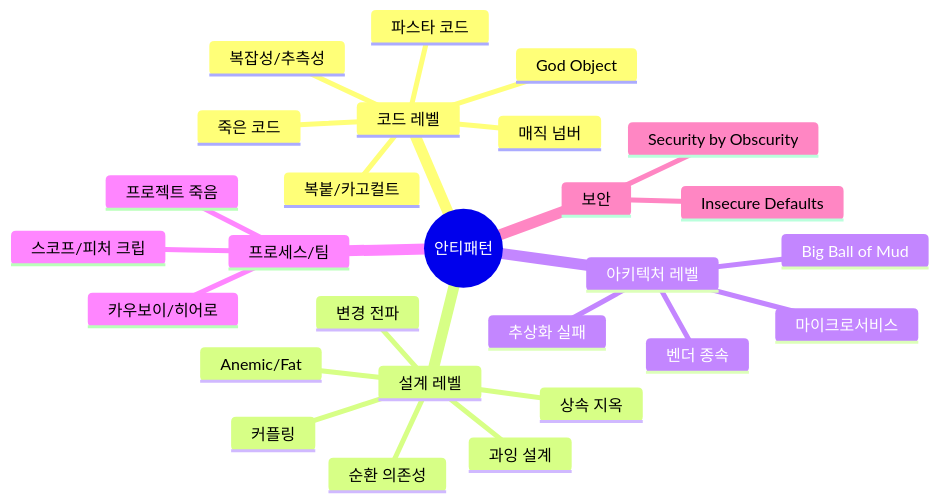
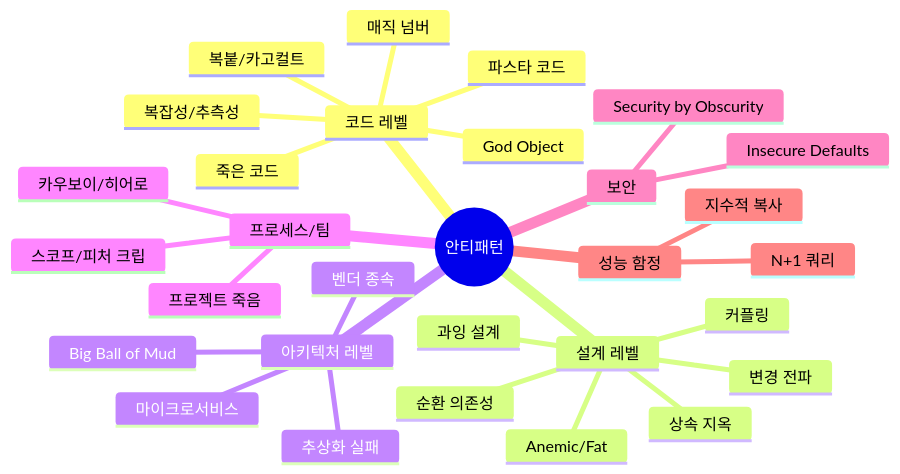
One commit to joonhoekim/mdx-express changed the diagram in content/articles/anti-patterns/0.series.mdx. Above: the diagram before and after it, drawn with Mermaid. The commit also changed other lines of this file and 2 other files, not shown here.

````diff
--- a/content/articles/anti-patterns/0.series.mdx
+++ b/content/articles/anti-patterns/0.series.mdx
@@ -15,30 +15,33 @@
 ```mermaid
 mindmap
   root((안티패턴))
     코드 레벨
       God Object
       파스타 코드
       죽은 코드
       매직 넘버
       복붙/카고컬트
       복잡성/추측성
     설계 레벨
       Anemic/Fat
       변경 전파
       커플링
       상속 지옥
       순환 의존성
       과잉 설계
     아키텍처 레벨
       Big Ball of Mud
       벤더 종속
       마이크로서비스
       추상화 실패
     프로세스/팀
       프로젝트 죽음
       스코프/피처 크립
       카우보이/히어로
     보안
       Security by Obscurity
       Insecure Defaults
+    성능 함정
+      N+1 쿼리
+      지수적 복사
 ```
````
